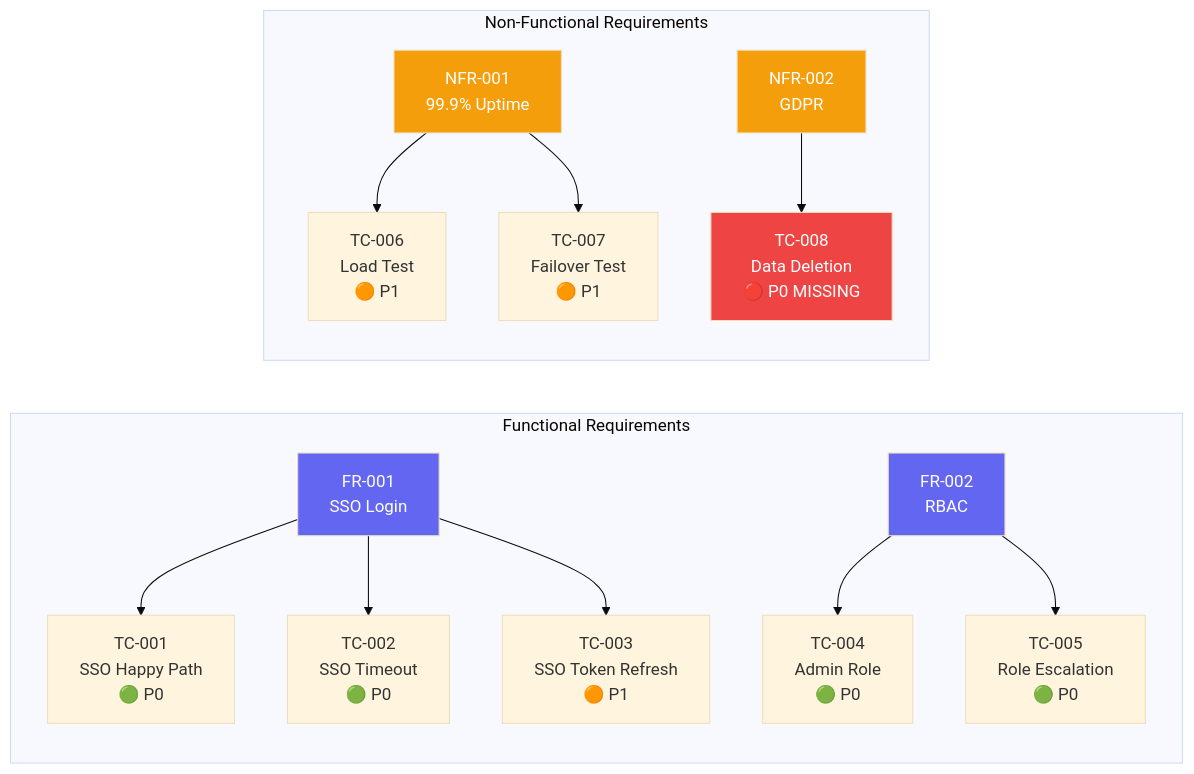
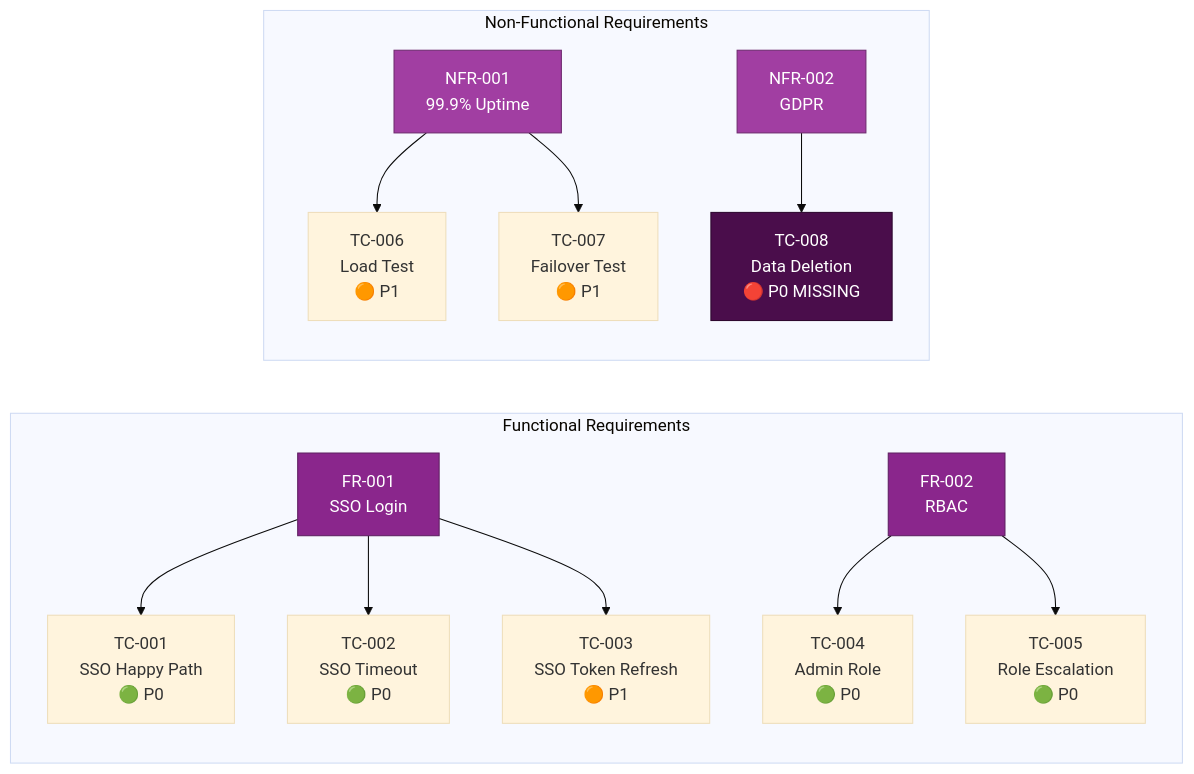
Before and after one commit to harrybin/presentations: the second of 2 diagrams in special-slides/bmad-anforderungen-tests/tea-testentwicklung.md, drawn with Mermaid (base theme). The commit also changed other lines of this file and 7 other files, not shown here.

Commit message:
feat: add mermaid setup configuration with custom themes and styles

````diff
--- a/special-slides/bmad-anforderungen-tests/tea-testentwicklung.md
+++ b/special-slides/bmad-anforderungen-tests/tea-testentwicklung.md
@@ -243,23 +243,23 @@
 ```mermaid {scale: 0.45}
 graph LR
     subgraph S1["Functional Requirements"]
         direction TB
         FR1["FR-001\nSSO Login"] --> TC1["TC-001\nSSO Happy Path\n🟢 P0"]
         FR1 --> TC2["TC-002\nSSO Timeout\n🟢 P0"]
         FR1 --> TC3["TC-003\nSSO Token Refresh\n🟠 P1"]
         FR2["FR-002\nRBAC"] --> TC4["TC-004\nAdmin Role\n🟢 P0"]
         FR2 --> TC5["TC-005\nRole Escalation\n🟢 P0"]
     end
     subgraph S2["Non-Functional Requirements"]
         direction TB
         NFR1["NFR-001\n99.9% Uptime"] --> TC6["TC-006\nLoad Test\n🟠 P1"]
         NFR1 --> TC7["TC-007\nFailover Test\n🟠 P1"]
         NFR2["NFR-002\nGDPR"] --> TC8["TC-008\nData Deletion\n🔴 P0 MISSING"]
     end
 
-    style TC8 fill:#ef4444,color:#fff
-    style FR1 fill:#6366f1,color:#fff
-    style FR2 fill:#6366f1,color:#fff
-    style NFR1 fill:#f59e0b,color:#fff
-    style NFR2 fill:#f59e0b,color:#fff
+    style TC8 fill:#4a0d4b,stroke:#2e082f,color:#ffffff
+    style FR1 fill:#8a268c,stroke:#5f1f62,color:#ffffff
+    style FR2 fill:#8a268c,stroke:#5f1f62,color:#ffffff
+    style NFR1 fill:#a13ea2,stroke:#6f2b70,color:#ffffff
+    style NFR2 fill:#a13ea2,stroke:#6f2b70,color:#ffffff
 ```
````
